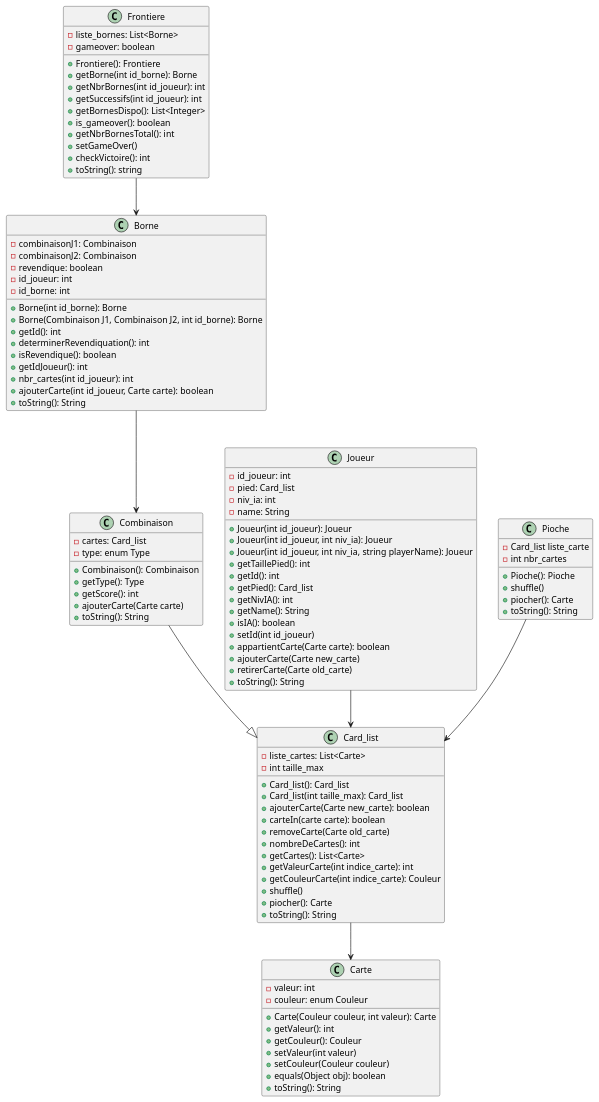
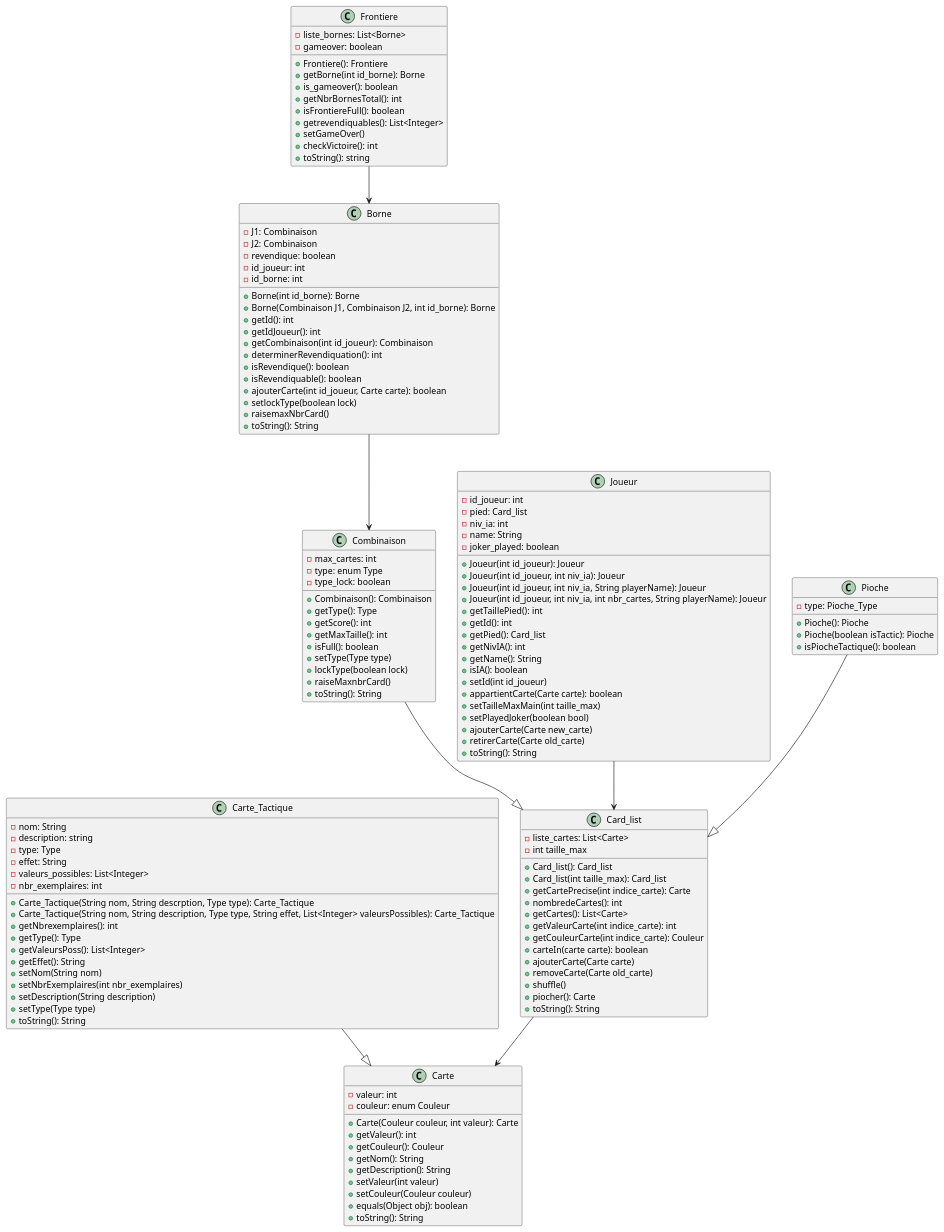
Before and after one commit to Pagatok/pg220: the diagram in src/diagrams/model.puml, drawn with PlantUML. The commit also changed 12 other files, not shown here.

Commit message:
- Mise à jour des diagrammes de classes - Mise au propre de Borne.java

```diff
--- a/src/diagrams/model.puml
+++ b/src/diagrams/model.puml
@@ -1,117 +1,148 @@
 @startuml model
 
 class Carte{
     - valeur: int
     - couleur: enum Couleur
-    + Carte(Couleur couleur, int valeur): Carte
-    + getValeur(): int
-    + getCouleur(): Couleur
-    + setValeur(int valeur)
-    + setCouleur(Couleur couleur)
-    + equals(Object obj): boolean
-    + toString(): String
+	+ Carte(Couleur couleur, int valeur): Carte
+	+ getValeur(): int
+	+ getCouleur(): Couleur
+	+ getNom(): String
+	+ getDescription(): String
+	+ setValeur(int valeur)
+	+ setCouleur(Couleur couleur)
+	+ equals(Object obj): boolean
+	+ toString(): String
+}
+
+class Carte_Tactique{
+	- nom: String
+	- description: string
+	- type: Type
+	- effet: String
+	- valeurs_possibles: List<Integer>
+	- nbr_exemplaires: int
+	+ Carte_Tactique(String nom, String descrption, Type type): Carte_Tactique
+	+ Carte_Tactique(String nom, String description, Type type, String effet, List<Integer> valeursPossibles): Carte_Tactique
+	+ getNbrexemplaires(): int
+	+ getType(): Type
+	+ getValeursPoss(): List<Integer>
+	+ getEffet(): String
+	+ setNom(String nom)
+	+ setNbrExemplaires(int nbr_exemplaires)
+	+ setDescription(String description)
+	+ setType(Type type)
+	+ toString(): String
 }
 
 class Combinaison{
-    - cartes: Card_list
-    - type: enum Type
-
-    + Combinaison(): Combinaison 
-    + getType(): Type 
-    + getScore(): int 
-    + ajouterCarte(Carte carte)
-    + toString(): String
+	- max_cartes: int
+	- type: enum Type
+	- type_lock: boolean
+	+ Combinaison(): Combinaison 
+        + getType(): Type 
+        + getScore(): int
+	+ getMaxTaille(): int
+	+ isFull(): boolean
+	+ setType(Type type)
+	+ lockType(boolean lock)
+	+ raiseMaxnbrCard() 
+	+ toString(): String
 }
 
 
 class Joueur{
-    - id_joueur: int
-    - pied: Card_list
-    - niv_ia: int
-    - name: String
-    + Joueur(int id_joueur): Joueur
-    + Joueur(int id_joueur, int niv_ia): Joueur
-    + Joueur(int id_joueur, int niv_ia, string playerName): Joueur
-    + getTaillePied(): int
-    + getId(): int
-    + getPied(): Card_list
-    + getNivIA(): int
-    + getName(): String
-    + isIA(): boolean
-    + setId(int id_joueur)
-    + appartientCarte(Carte carte): boolean
-    + ajouterCarte(Carte new_carte)
-    + retirerCarte(Carte old_carte)
-    + toString(): String
+        - id_joueur: int
+        - pied: Card_list
+        - niv_ia: int
+        - name: String
+	- joker_played: boolean
+        + Joueur(int id_joueur): Joueur
+        + Joueur(int id_joueur, int niv_ia): Joueur
+        + Joueur(int id_joueur, int niv_ia, String playerName): Joueur
+	+ Joueur(int id_joueur, int niv_ia, int nbr_cartes, String playerName): Joueur
+        + getTaillePied(): int
+        + getId(): int
+        + getPied(): Card_list
+        + getNivIA(): int
+        + getName(): String
+        + isIA(): boolean
+        + setId(int id_joueur)
+        + appartientCarte(Carte carte): boolean
+	+ setTailleMaxMain(int taille_max)
+	+ setPlayedJoker(boolean bool)
+        + ajouterCarte(Carte new_carte)
+        + retirerCarte(Carte old_carte)
+        + toString(): String
 }
 
 
 class Card_list{
     - liste_cartes: List<Carte>
     - int taille_max
-    + Card_list(): Card_list
-    + Card_list(int taille_max): Card_list
-    + ajouterCarte(Carte new_carte): boolean
-    + carteIn(carte carte): boolean
-    + removeCarte(Carte old_carte)
-    + nombreDeCartes(): int 
-    + getCartes(): List<Carte> 
-    + getValeurCarte(int indice_carte): int
-    + getCouleurCarte(int indice_carte): Couleur
-    + shuffle()
-    + piocher(): Carte
-    + toString(): String   
+	+ Card_list(): Card_list
+	+ Card_list(int taille_max): Card_list
+	+ getCartePrecise(int indice_carte): Carte
+	+ nombredeCartes(): int
+	+ getCartes(): List<Carte>
+	+ getValeurCarte(int indice_carte): int
+	+ getCouleurCarte(int indice_carte): Couleur
+	+ carteIn(carte carte): boolean
+	+ ajouterCarte(Carte carte)
+	+ removeCarte(Carte old_carte) 
+	+ shuffle()
+	+ piocher(): Carte
+	+ toString(): String   
 }
 
 class Borne{
-    - combinaisonJ1: Combinaison
-    - combinaisonJ2: Combinaison
-    - revendique: boolean
-    - id_joueur: int
-    - id_borne: int
-    + Borne(int id_borne): Borne
-    + Borne(Combinaison J1, Combinaison J2, int id_borne): Borne
-    + getId(): int
-    + determinerRevendiquation(): int
-    + isRevendique(): boolean
-    + getIdJoueur(): int
-    + nbr_cartes(int id_joueur): int
-    + ajouterCarte(int id_joueur, Carte carte): boolean
-    + toString(): String
+        - J1: Combinaison
+        - J2: Combinaison
+        - revendique: boolean
+        - id_joueur: int
+        - id_borne: int
+        + Borne(int id_borne): Borne
+        + Borne(Combinaison J1, Combinaison J2, int id_borne): Borne
+	+ getId(): int
+	+ getIdJoueur(): int
+	+ getCombinaison(int id_joueur): Combinaison
+        + determinerRevendiquation(): int
+        + isRevendique(): boolean
+	+ isRevendiquable(): boolean
+	+ ajouterCarte(int id_joueur, Carte carte): boolean
+	+ setlockType(boolean lock)
+	+ raisemaxNbrCard()
+        + toString(): String
 }
 
 class Frontiere{
-    - liste_bornes: List<Borne>
-    - gameover: boolean
-    + Frontiere(): Frontiere
-    + getBorne(int id_borne): Borne
-    + getNbrBornes(int id_joueur): int
-    + getSuccessifs(int id_joueur): int
-    + getBornesDispo(): List<Integer>
-    + is_gameover(): boolean
-    + getNbrBornesTotal(): int
-    + setGameOver()
-    + checkVictoire(): int
-    + toString(): string
+        - liste_bornes: List<Borne>
+        - gameover: boolean
+        + Frontiere(): Frontiere
+        + getBorne(int id_borne): Borne
+        + is_gameover(): boolean
+        + getNbrBornesTotal(): int
+	+ isFrontiereFull(): boolean
+	+ getrevendiquables(): List<Integer>
+        + setGameOver()
+        + checkVictoire(): int
+        + toString(): string
 }
 
 
 class Pioche{
-    - Card_list liste_carte
-    - int nbr_cartes
-    + Pioche(): Pioche
-    + shuffle()
-    + piocher(): Carte
-    + toString(): String
-
+	- type: Pioche_Type
+        + Pioche(): Pioche
+	+ Pioche(boolean isTactic): Pioche
+	+ isPiocheTactique(): boolean
 }
 
+Carte_Tactique --|> Carte
 Combinaison --|> Card_list
 Joueur --> Card_list
 Card_list --> Carte
 Borne --> Combinaison
 Frontiere --> Borne
-Pioche --> Card_list
+Pioche --|> Card_list
 
 
 @enduml
```
